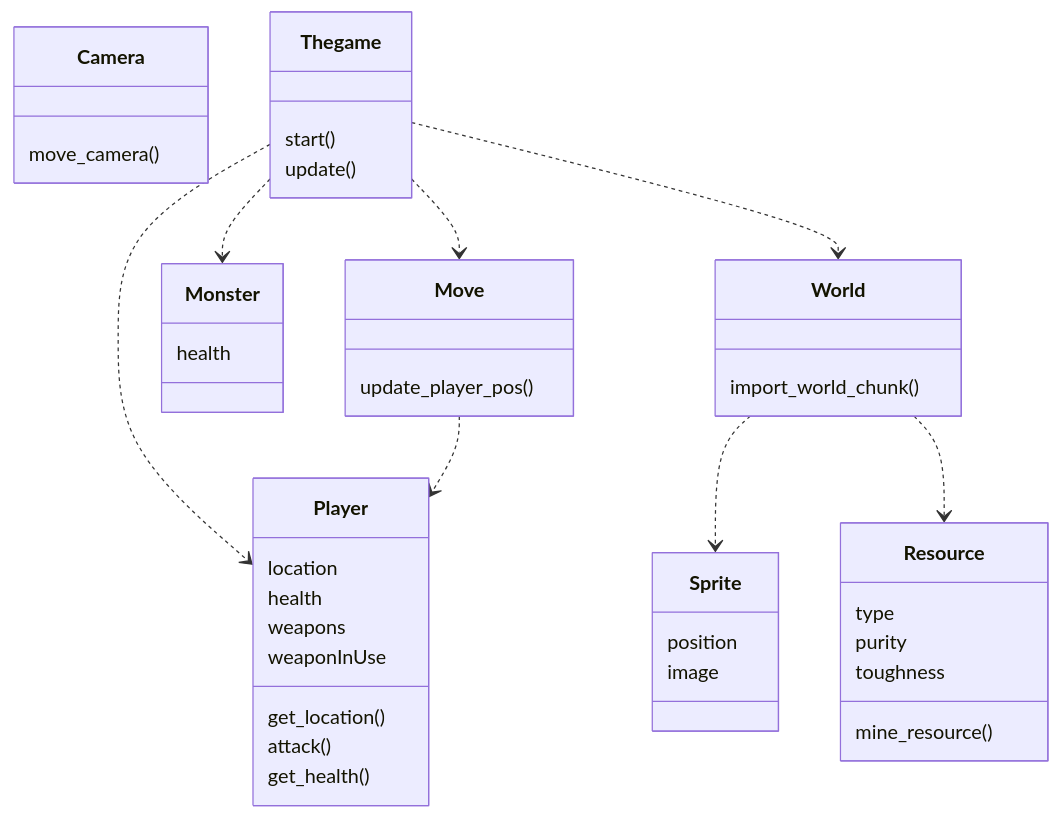
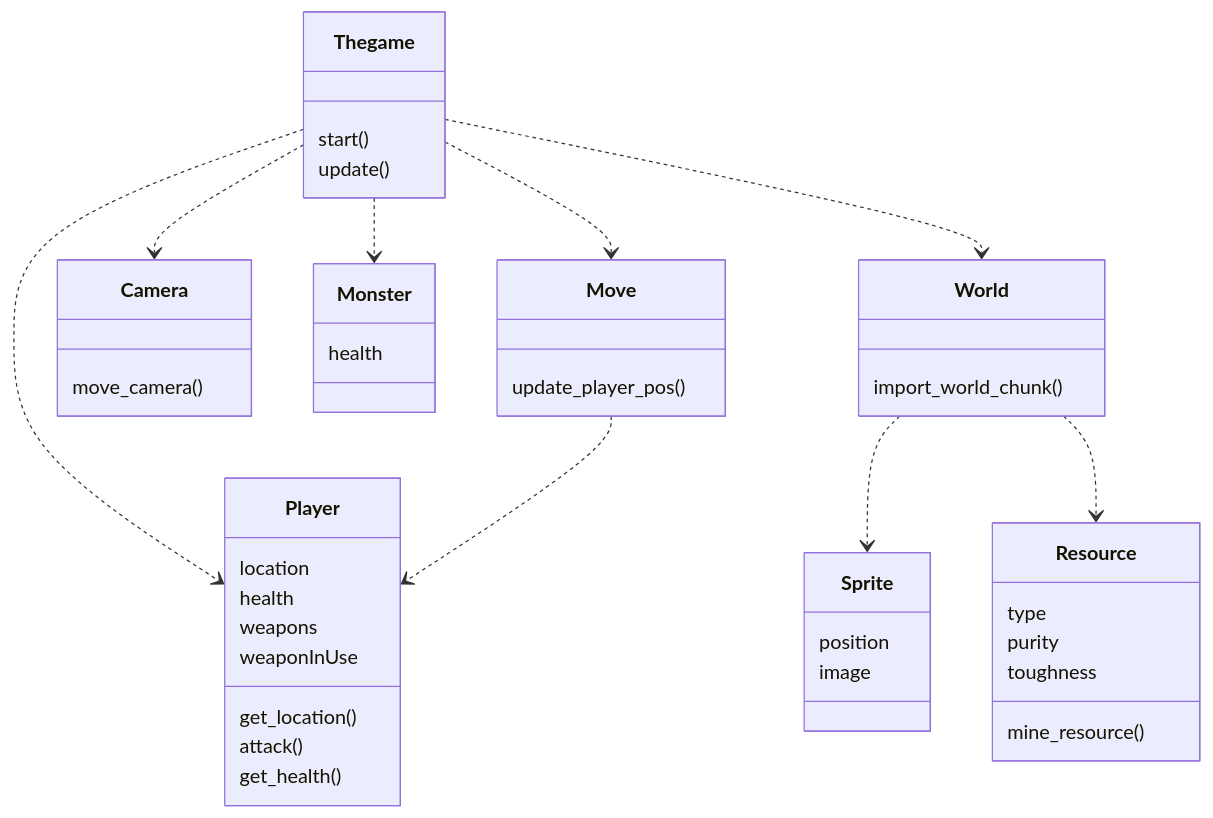
Before and after one commit to VehvilainenPooki/OTProjekti: the diagram in Payload_adventure_game/Documentation/Arkkitehtuurikuvaus.md, drawn with Mermaid.

````diff
--- a/Payload_adventure_game/Documentation/Arkkitehtuurikuvaus.md
+++ b/Payload_adventure_game/Documentation/Arkkitehtuurikuvaus.md
@@ -1,45 +1,46 @@
 ```mermaid
  classDiagram
       class Player{
           location
           health
           weapons
           weaponInUse
           get_location()
           attack()
           get_health()
       }
       class Move{
           update_player_pos()
       }
       class Camera{
           move_camera()
       }
       class Monster{
           health
       }
       class World{
           import_world_chunk()
       }
       class Sprite{
           position
           image
       }
       class Resource{
           type
           purity
           toughness
           mine_resource()
       }
       class Thegame{
           start()
           update()
       }
       Thegame ..> Player
       Thegame ..> Move
       Thegame ..> Monster
       Thegame ..> World
       Move ..> Player
       World ..> Sprite
       World ..> Resource
+      Thegame ..> Camera
 ```
````
